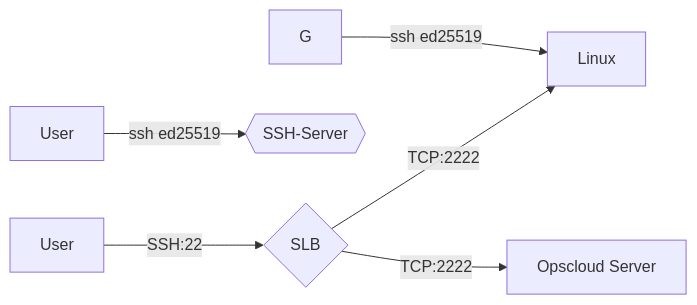
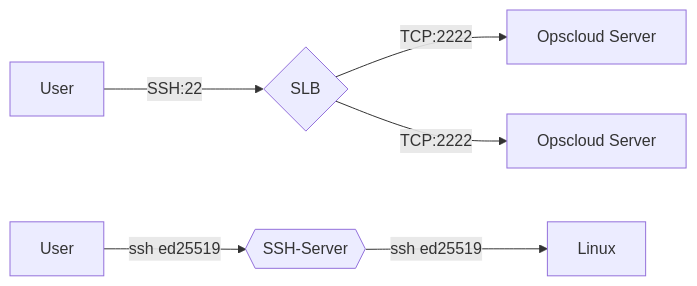
One commit to ixrjog/opscloud4 changed the diagram in README.md. Above: the diagram before and after it, drawn with Mermaid.

Commit message:
修改readme

````diff
--- a/README.md
+++ b/README.md
@@ -49,9 +49,9 @@
 ```mermaid
 flowchart LR
     A[User] -->|SSH:22| B{SLB}
     B-->|TCP:2222| C[Opscloud Server] 
     B-->|TCP:2222| D[Opscloud Server] 
     
     E[User] -->|ssh ed25519 | F{{SSH-Server}}
-    G-->|ssh ed25519| C[Linux] 
+    F-->|ssh ed25519| G[Linux] 
 ```
````
